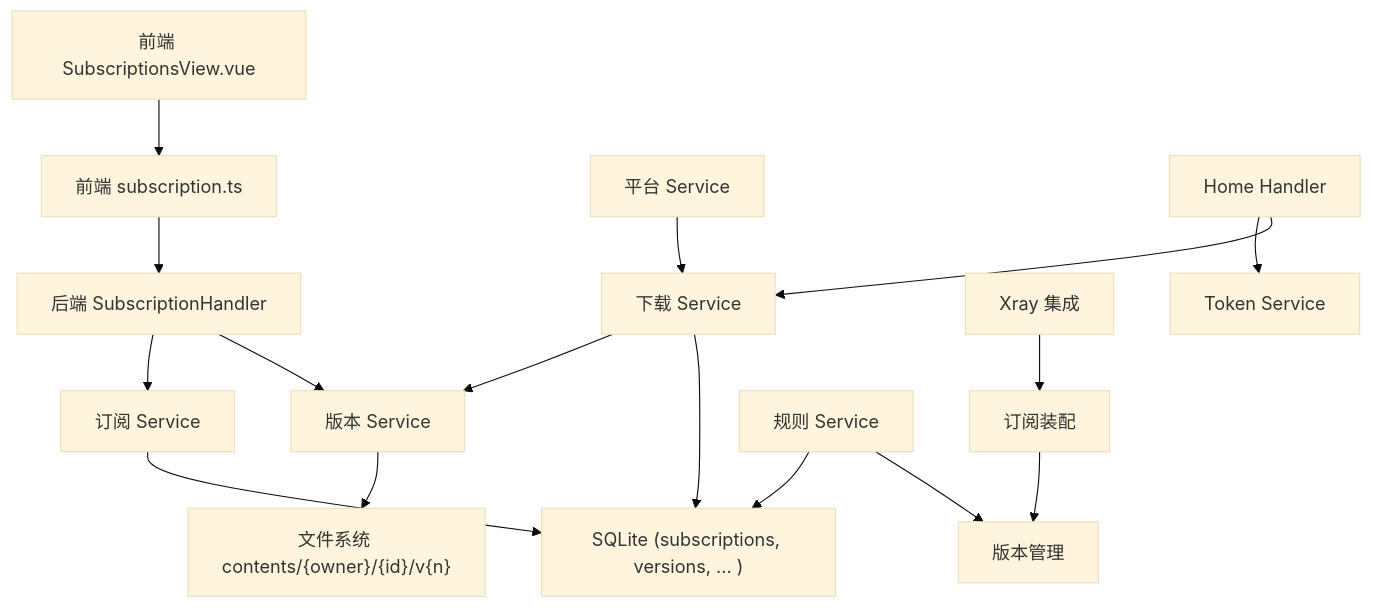
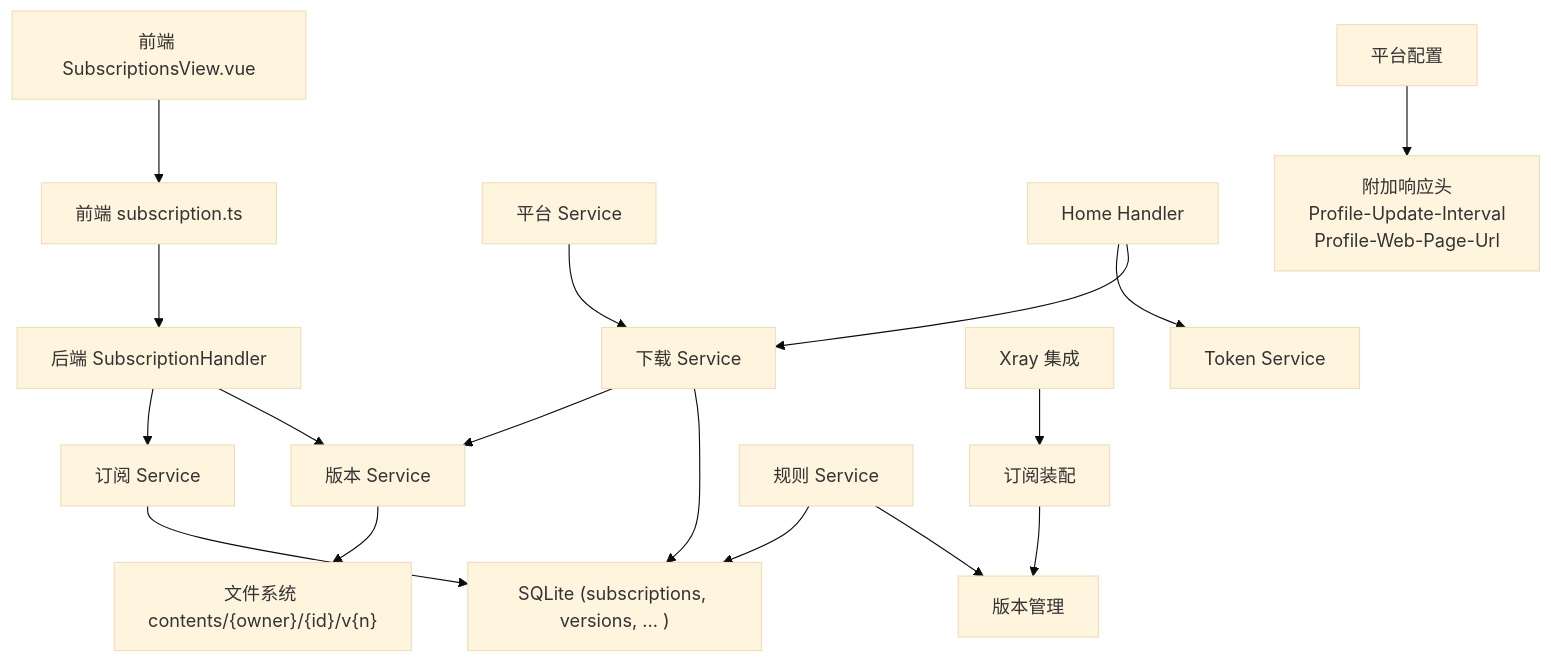
One commit to AlcaProphet/VPN-Subscription-Management changed the first of 11 diagrams in .qoder/repowiki/zh/content/核心功能模块/订阅管理系统.md. Above: the diagram before and after it, drawn with Mermaid (base theme). The commit also changed other lines of this file and 102 other files, not shown here.

````diff
--- a/.qoder/repowiki/zh/content/核心功能模块/订阅管理系统.md
+++ b/.qoder/repowiki/zh/content/核心功能模块/订阅管理系统.md
@@ -59,18 +65,19 @@
 ```mermaid
 graph TB
 FE["前端 SubscriptionsView.vue"] --> API["前端 subscription.ts"]
 API --> Srv["后端 SubscriptionHandler"]
 Srv --> SubSvc["订阅 Service"]
 Srv --> VerSvc["版本 Service"]
 SubSvc --> DB["SQLite (subscriptions, versions, ... )"]
 VerSvc --> FS["文件系统 contents/{owner}/{id}/v{n}"]
 DL["下载 Service"] --> VerSvc
 DL --> DB
 PLAT["平台 Service"] --> DL
 XRAY["Xray 集成"] --> SUB["订阅装配"]
 SUB --> VER["版本管理"]
 RULE["规则 Service"] --> DB
 RULE --> VER
 HOME["Home Handler"] --> TOKEN["Token Service"]
 HOME --> DL
+PLATFORM["平台配置"] --> HEADERS["附加响应头<br/>Profile-Update-Interval<br/>Profile-Web-Page-Url"]
 ```
````
